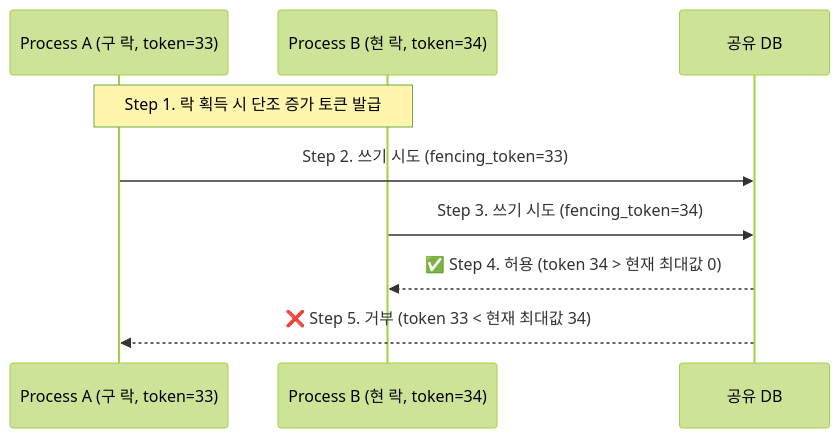
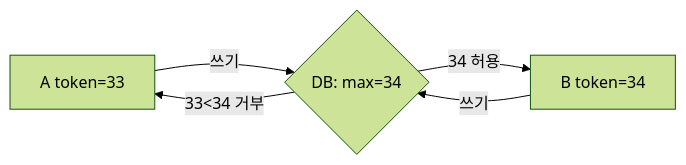
Before and after one commit to yjkim2015/yjkim2015.github.io: diagram 13 of 15 in _posts/redis/2026-05-01-redis-distributed-lock.md, drawn with Mermaid (forest theme). The commit also changed other lines of this file, not shown here.

First line of the commit message:
Redis 분산락: Mermaid 15개 블록 전부 축소 (3~4노드)

````diff
--- a/_posts/redis/2026-05-01-redis-distributed-lock.md
+++ b/_posts/redis/2026-05-01-redis-distributed-lock.md
@@ -998,11 +964,7 @@
 ```mermaid
-sequenceDiagram
-    participant A as Process A (구 락, token=33)
-    participant B as Process B (현 락, token=34)
-    participant DB as 공유 DB
-    Note over A,B: Step 1. 락 획득 시 단조 증가 토큰 발급
-    A->>DB: Step 2. 쓰기 시도 (fencing_token=33)
-    B->>DB: Step 3. 쓰기 시도 (fencing_token=34)
-    DB-->>B: ✅ Step 4. 허용 (token 34 > 현재 최대값 0)
-    DB-->>A: ❌ Step 5. 거부 (token 33 < 현재 최대값 34)
+graph LR
+    A["A token=33"] -->|쓰기| DB{"DB: max=34"}
+    B["B token=34"] -->|쓰기| DB
+    DB -->|"33<34 거부"| A
+    DB -->|"34 허용"| B
 ```
````
